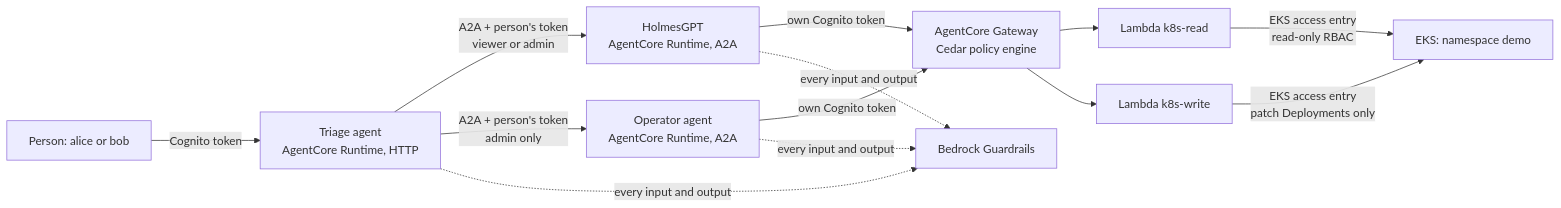
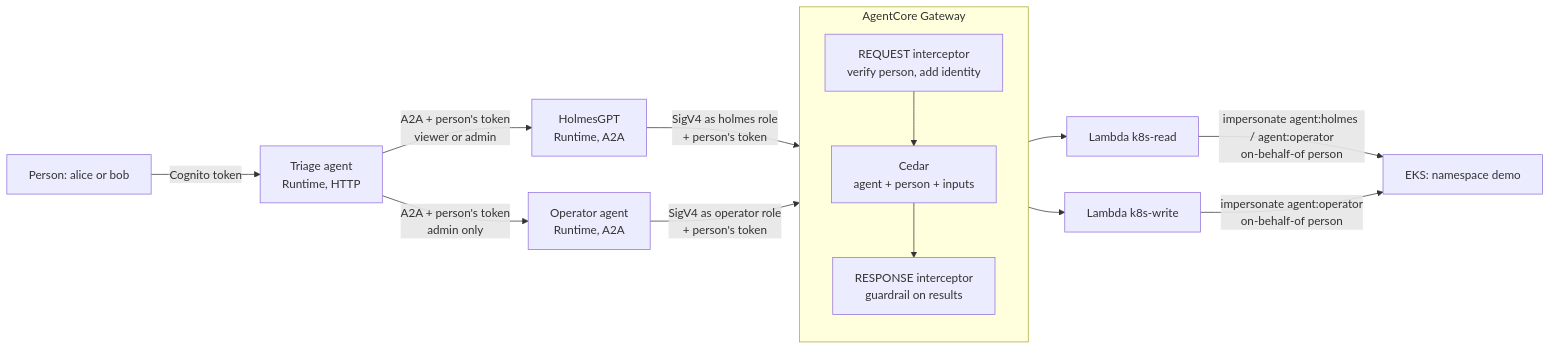
The diagram in README.md (fsclyde/agentcore-multi-agent-security-lab), drawn with Mermaid before and after one commit. The commit also changed other lines of this file and 25 other files, not shown here.

First line of the commit message:
Close the known gaps: on-behalf-of, gateway guardrail, K8s attribution, VPC, no secrets

````diff
--- a/README.md
+++ b/README.md
@@ -21,13 +21,15 @@
 ```mermaid
 flowchart LR
-    P[Person: alice or bob] -->|Cognito token| T[Triage agent<br/>AgentCore Runtime, HTTP]
-    T -->|A2A + person's token<br/>viewer or admin| H[HolmesGPT<br/>AgentCore Runtime, A2A]
-    T -->|A2A + person's token<br/>admin only| O[Operator agent<br/>AgentCore Runtime, A2A]
-    H -->|own Cognito token| G[AgentCore Gateway<br/>Cedar policy engine]
-    O -->|own Cognito token| G
+    P[Person: alice or bob] -->|Cognito token| T[Triage agent<br/>Runtime, HTTP]
+    T -->|A2A + person's token<br/>viewer or admin| H[HolmesGPT<br/>Runtime, A2A]
+    T -->|A2A + person's token<br/>admin only| O[Operator agent<br/>Runtime, A2A]
+    H -->|SigV4 as holmes role<br/>+ person's token| G
+    O -->|SigV4 as operator role<br/>+ person's token| G
+    subgraph G[AgentCore Gateway]
+      I1[REQUEST interceptor<br/>verify person, add identity] --> C[Cedar<br/>agent + person + inputs] --> I2[RESPONSE interceptor<br/>guardrail on results]
+    end
     G --> R[Lambda k8s-read]
     G --> W[Lambda k8s-write]
-    R -->|EKS access entry<br/>read-only RBAC| K[EKS: namespace demo]
-    W -->|EKS access entry<br/>patch Deployments only| K
-    T & H & O -.->|every input and output| GR[Bedrock Guardrails]
+    R -->|impersonate agent:holmes / agent:operator<br/>on-behalf-of person| K[EKS: namespace demo]
+    W -->|impersonate agent:operator<br/>on-behalf-of person| K
 ```
````
